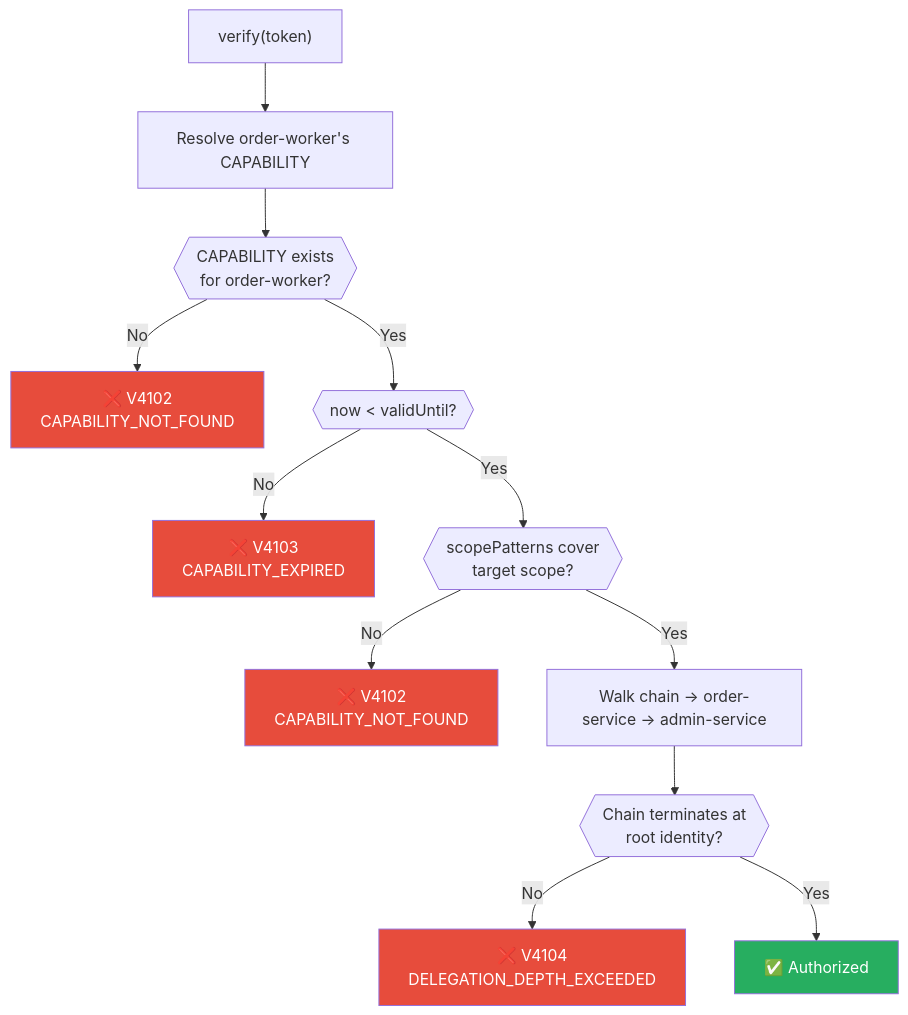
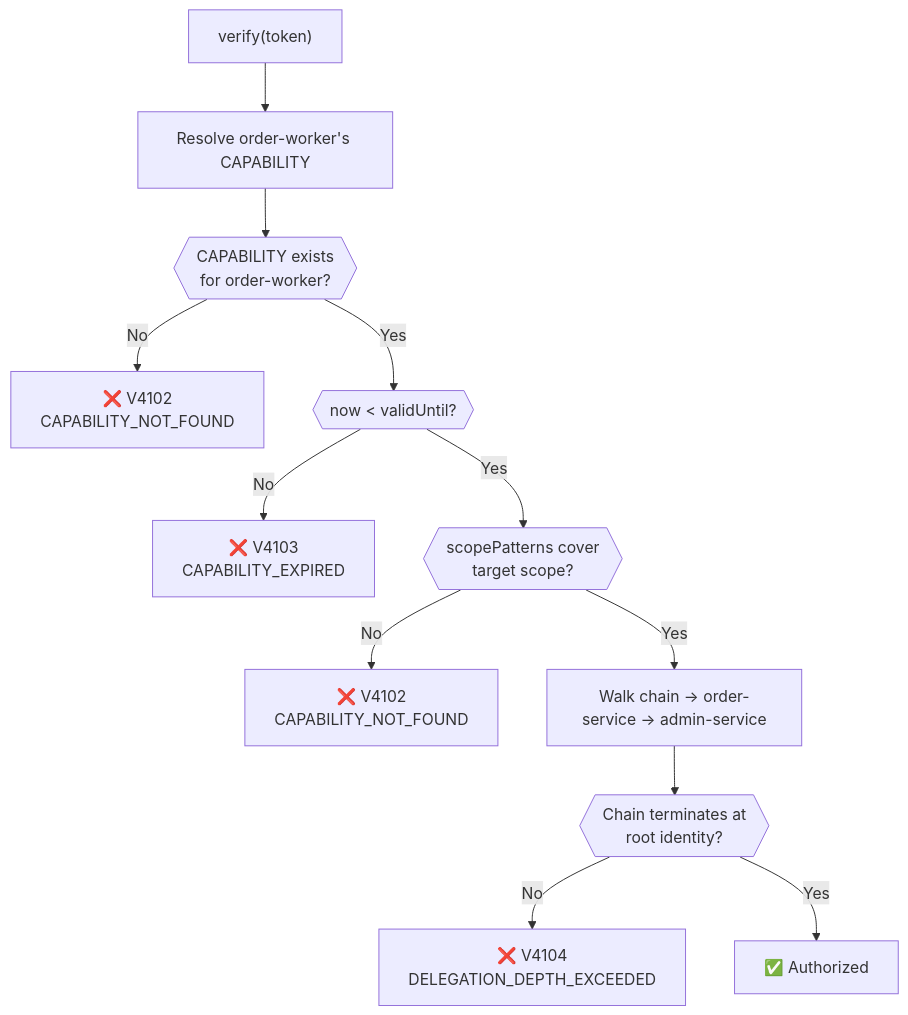
One commit to cyfko/veridot changed the fifth of 5 diagrams in docs/docs/learn/capabilities.md. Above: the diagram before and after it, drawn with Mermaid. The commit also changed other lines of this file and 25 other files, not shown here.

First line of the commit message:
style: remove colorful fill styles from Mermaid diagrams

````diff
--- a/docs/docs/learn/capabilities.md
+++ b/docs/docs/learn/capabilities.md
@@ -174,20 +163,15 @@
 ```mermaid
 flowchart TD
     START["verify(token)"] --> RESOLVE["Resolve order-worker's CAPABILITY"]
     RESOLVE --> EXISTS{{"CAPABILITY exists<br/>for order-worker?"}}
     EXISTS -->|No| V4102["❌ V4102<br/>CAPABILITY_NOT_FOUND"]
     EXISTS -->|Yes| EXPIRED{{"now < validUntil?"}}
     EXPIRED -->|No| V4103["❌ V4103<br/>CAPABILITY_EXPIRED"]
     EXPIRED -->|Yes| SCOPE{{"scopePatterns cover<br/>target scope?"}}
     SCOPE -->|No| V4102b["❌ V4102<br/>CAPABILITY_NOT_FOUND"]
     SCOPE -->|Yes| CHAIN["Walk chain → order-service → admin-service"]
     CHAIN --> ROOT{{"Chain terminates at<br/>root identity?"}}
     ROOT -->|No| V4104["❌ V4104<br/>DELEGATION_DEPTH_EXCEEDED"]
     ROOT -->|Yes| OK["✅ Authorized"]
 
-    style V4102 fill:#e74c3c,color:#fff
-    style V4103 fill:#e74c3c,color:#fff
-    style V4102b fill:#e74c3c,color:#fff
-    style V4104 fill:#e74c3c,color:#fff
-    style OK fill:#27ae60,color:#fff
 ```
````
